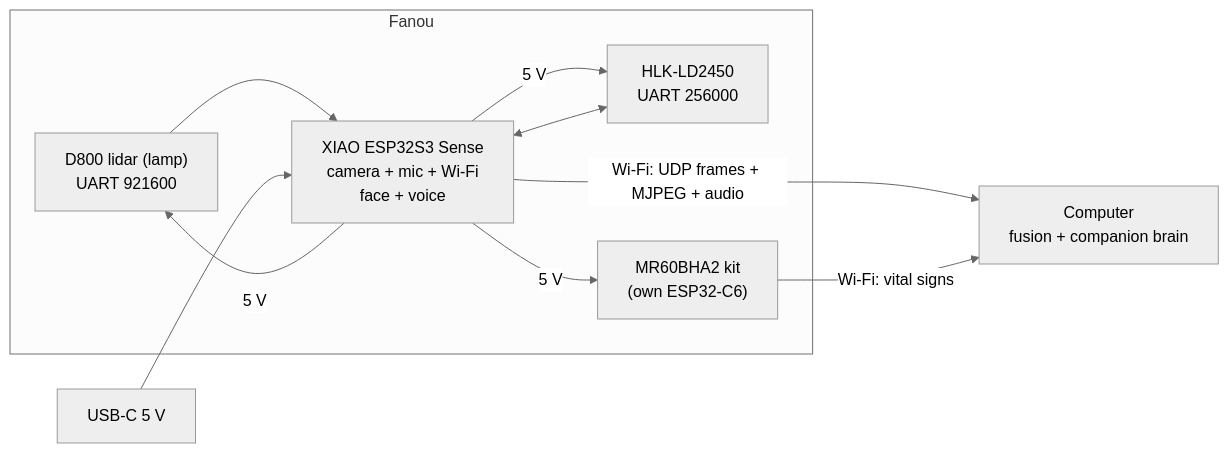
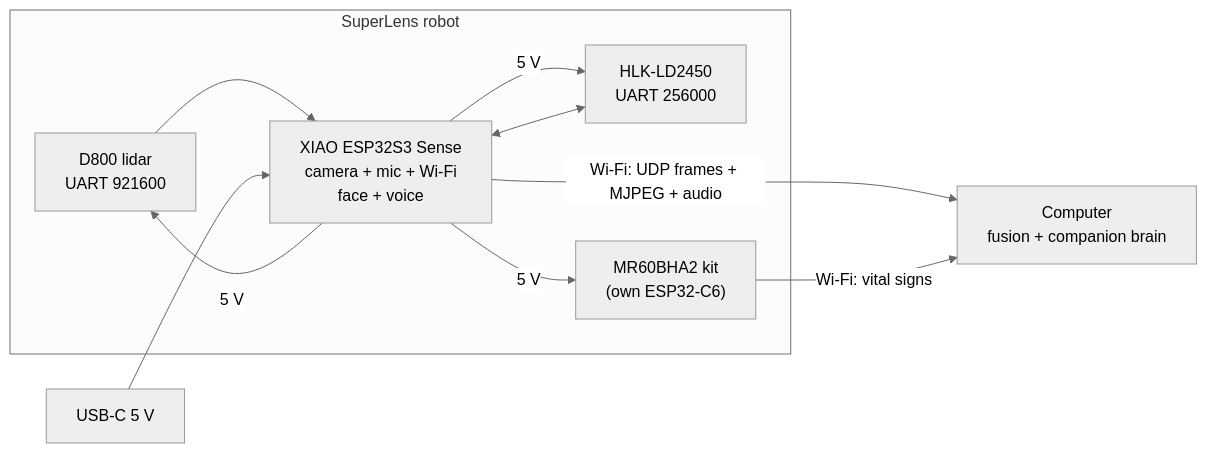
One commit to SebastienTr/Marvin changed the diagram in README.md. Above: the diagram before and after it, drawn with Mermaid (neutral theme). The commit also changed other lines of this file and 21 other files, not shown here.

````diff
--- a/README.md
+++ b/README.md
@@ -50,12 +60,12 @@
 ```mermaid
 flowchart LR
-  subgraph Fanou["Fanou"]
-    LID["D800 lidar (lamp)<br/>UART 921600"] --> ESP["XIAO ESP32S3 Sense<br/>camera + mic + Wi-Fi<br/>face + voice"]
+  subgraph Robot["SuperLens robot"]
+    LID["D800 lidar<br/>UART 921600"] --> ESP["XIAO ESP32S3 Sense<br/>camera + mic + Wi-Fi<br/>face + voice"]
     LD2450["HLK-LD2450<br/>UART 256000"] <--> ESP
     MR60["MR60BHA2 kit<br/>(own ESP32-C6)"]
   end
   PWR["USB-C 5 V"] --> ESP
   ESP -->|5 V| LID & LD2450 & MR60
   ESP -->|"Wi-Fi: UDP frames + MJPEG + audio"| PC["Computer<br/>fusion + companion brain"]
   MR60 -->|"Wi-Fi: vital signs"| PC
 ```
````
